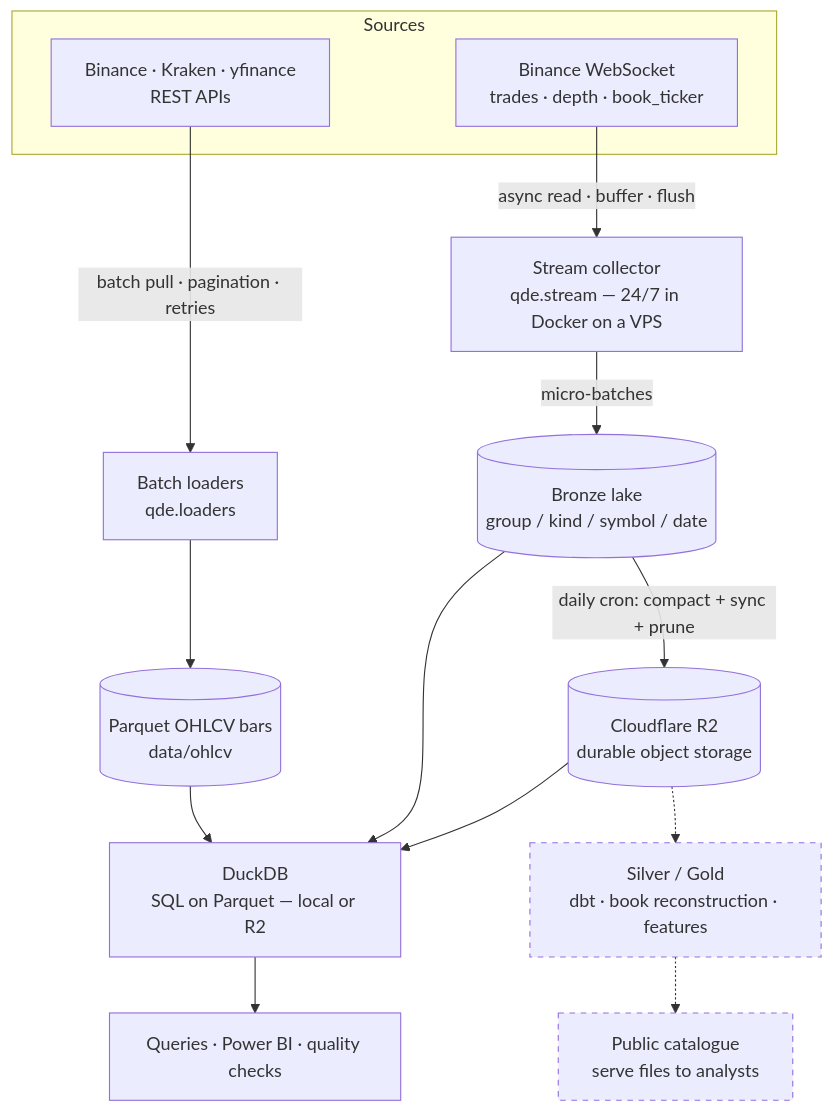
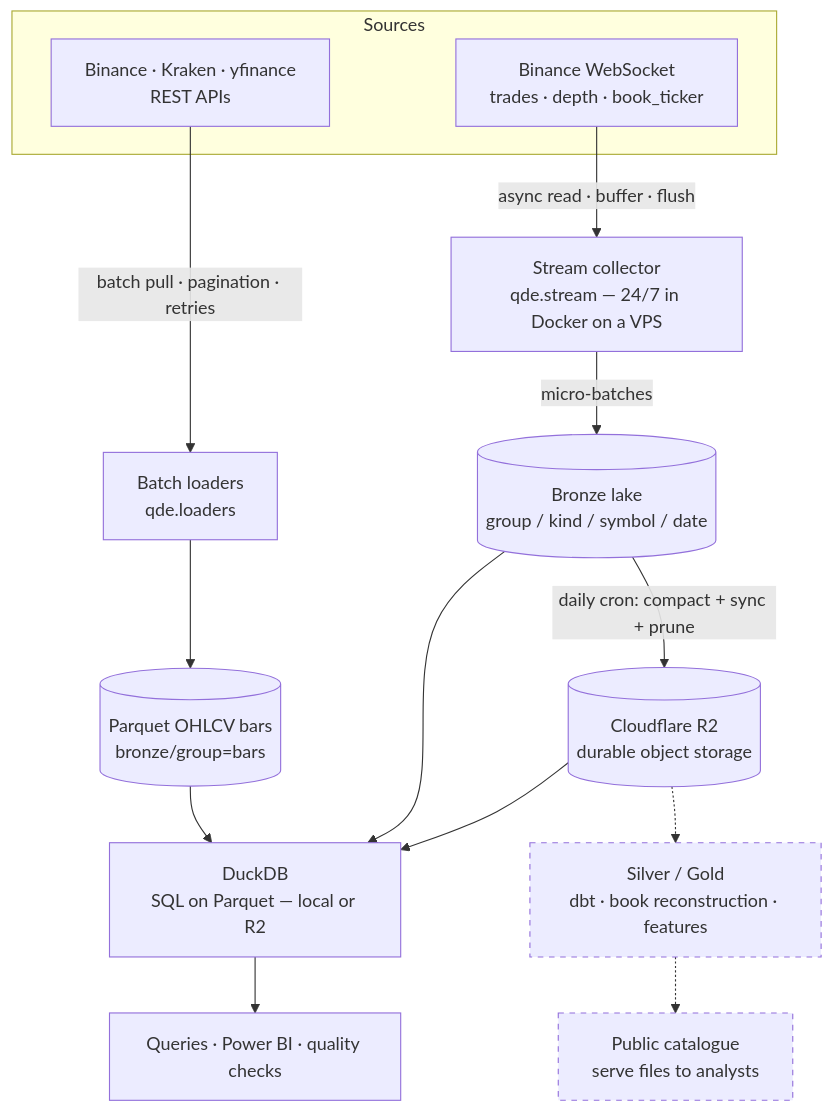
Before and after one commit to s02minu/quant-data-engine: the diagram in README.md, drawn with Mermaid. The commit also changed other lines of this file and 1 other file, not shown here.

Commit message:
docs: update README + PROGRESS for the bronze bars layout

````diff
--- a/README.md
+++ b/README.md
@@ -12,26 +12,26 @@
 ```mermaid
 flowchart TD
     subgraph SRC["Sources"]
       REST["Binance · Kraken · yfinance<br/>REST APIs"]
       WS["Binance WebSocket<br/>trades · depth · book_ticker"]
     end
 
     REST -->|"batch pull · pagination · retries"| BL["Batch loaders<br/>qde.loaders"]
     WS -->|"async read · buffer · flush"| SC["Stream collector<br/>qde.stream — 24/7 in Docker on a VPS"]
 
-    BL --> BARS[("Parquet OHLCV bars<br/>data/ohlcv")]
+    BL --> BARS[("Parquet OHLCV bars<br/>bronze/group=bars")]
     SC -->|"micro-batches"| BRONZE[("Bronze lake<br/>group / kind / symbol / date")]
 
     BRONZE -->|"daily cron: compact + sync + prune"| R2[("Cloudflare R2<br/>durable object storage")]
 
     BARS --> DUCK["DuckDB<br/>SQL on Parquet — local or R2"]
     BRONZE --> DUCK
     R2 --> DUCK
     DUCK --> OUT["Queries · Power BI · quality checks"]
 
     R2 -.-> SILVER["Silver / Gold<br/>dbt · book reconstruction · features"]
     SILVER -.-> PUB["Public catalogue<br/>serve files to analysts"]
 
     classDef planned stroke-dasharray:5 5;
     class SILVER,PUB planned;
 ```
````
